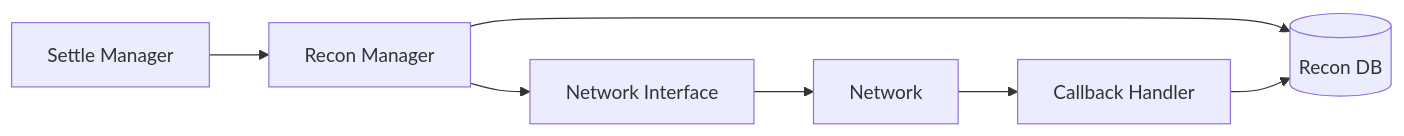
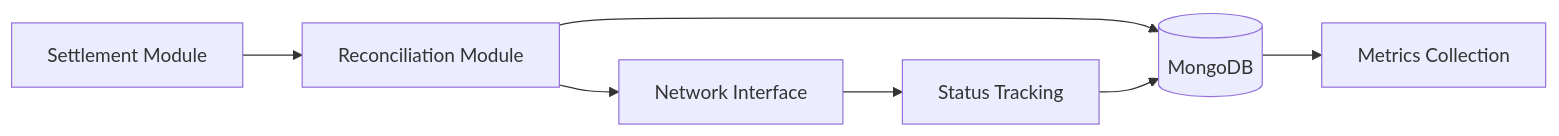
One commit to ONDC-Official/rsf-utility changed the third of 3 diagrams in docs/ARCHITECTURE.md. Above: the diagram before and after it, drawn with Mermaid. The commit also changed other lines of this file and 3 other files, not shown here.

Commit message:
docs: enhance API and architecture documentation with detailed sections and examples

````diff
--- a/docs/ARCHITECTURE.md
+++ b/docs/ARCHITECTURE.md
@@ -104,9 +139,9 @@
 ```mermaid
 graph LR
-    A[Settle Manager] --> B[Recon Manager]
+    A[Settlement Module] --> B[Reconciliation Module]
     B --> C[Network Interface]
-    C --> D[Network]
-    B --> E[(Recon DB)]
-    D --> F[Callback Handler]
-    F --> E
+    B --> D[(MongoDB)]
+    C --> E[Status Tracking]
+    E --> D
+    D --> F[Metrics Collection]
 ```
````
